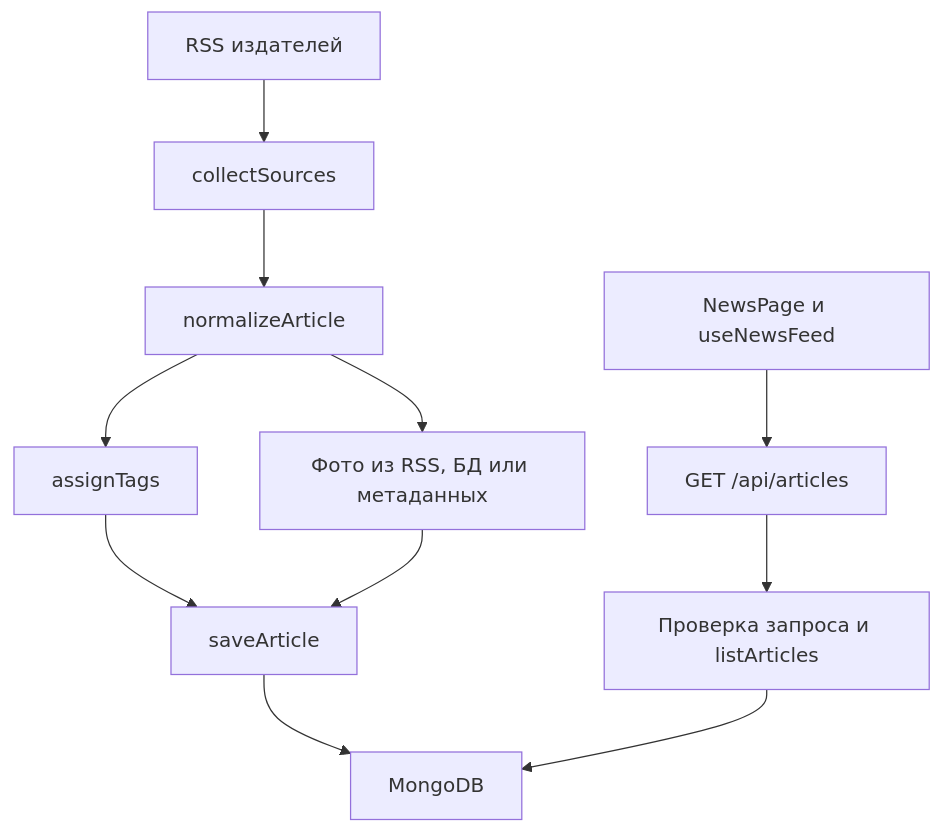
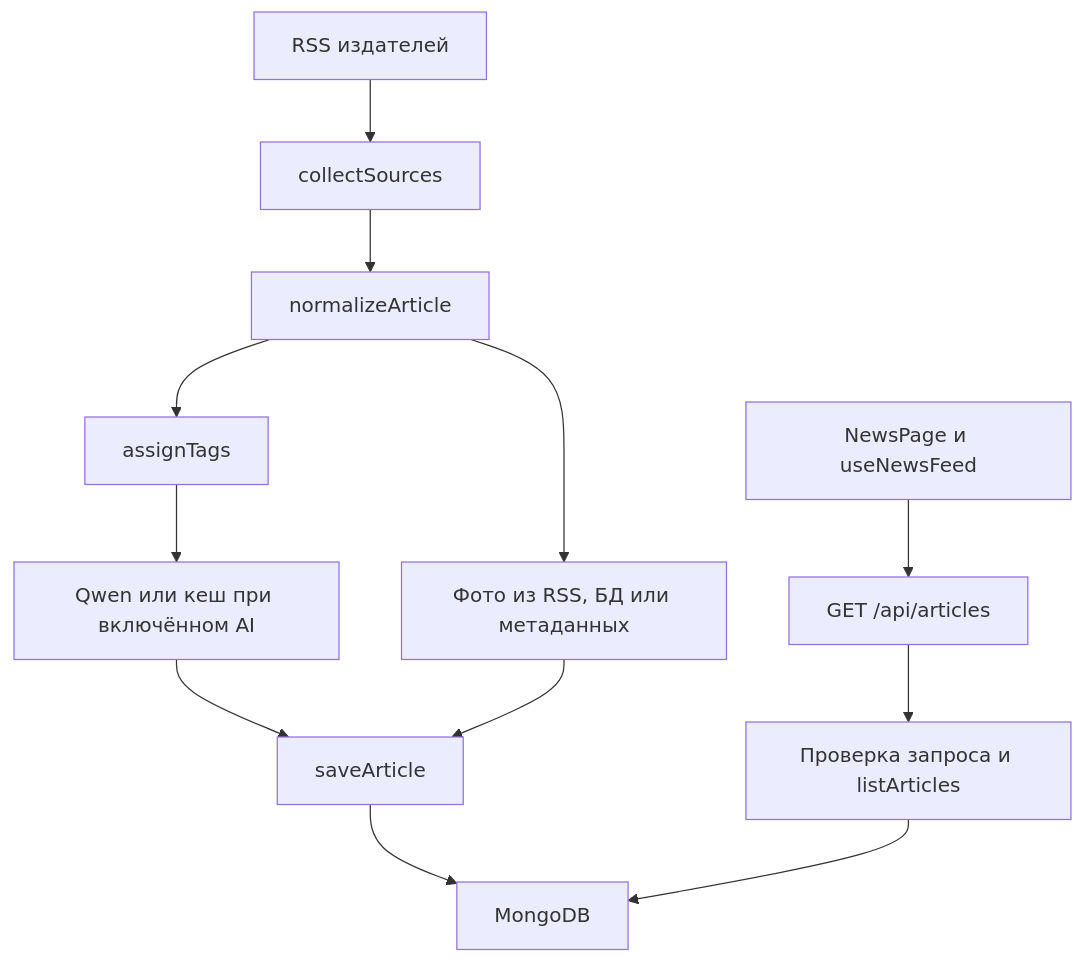
The diagram in PROJECT_GUIDE.md (Darmanchev/news-aggregator), drawn with Mermaid before and after one commit. The commit also changed other lines of this file and 29 other files, not shown here.

Commit message:
add optional Qwen-based topic tagging with keyword fallback and tags backfill job

````diff
--- a/PROJECT_GUIDE.md
+++ b/PROJECT_GUIDE.md
@@ -11,13 +11,14 @@
 ```mermaid
 flowchart TD
     RSS["RSS издателей"] --> Collect["collectSources"]
     Collect --> Normalize["normalizeArticle"]
     Normalize --> Tags["assignTags"]
     Normalize --> Preview["Фото из RSS, БД или метаданных"]
-    Tags --> Save["saveArticle"]
+    Tags --> Classify["Qwen или кеш при включённом AI"]
+    Classify --> Save["saveArticle"]
     Preview --> Save
     Save --> DB["MongoDB"]
     UI["NewsPage и useNewsFeed"] --> API["GET /api/articles"]
     API --> Read["Проверка запроса и listArticles"]
     Read --> DB
 ```
````
